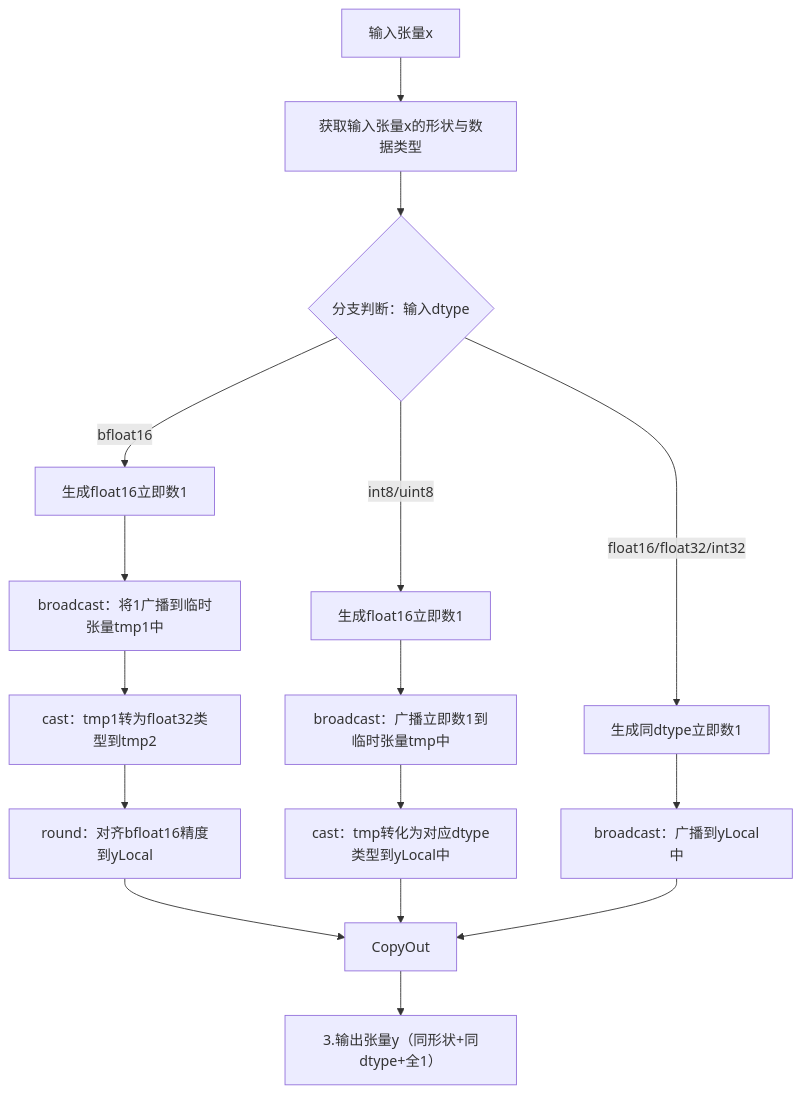
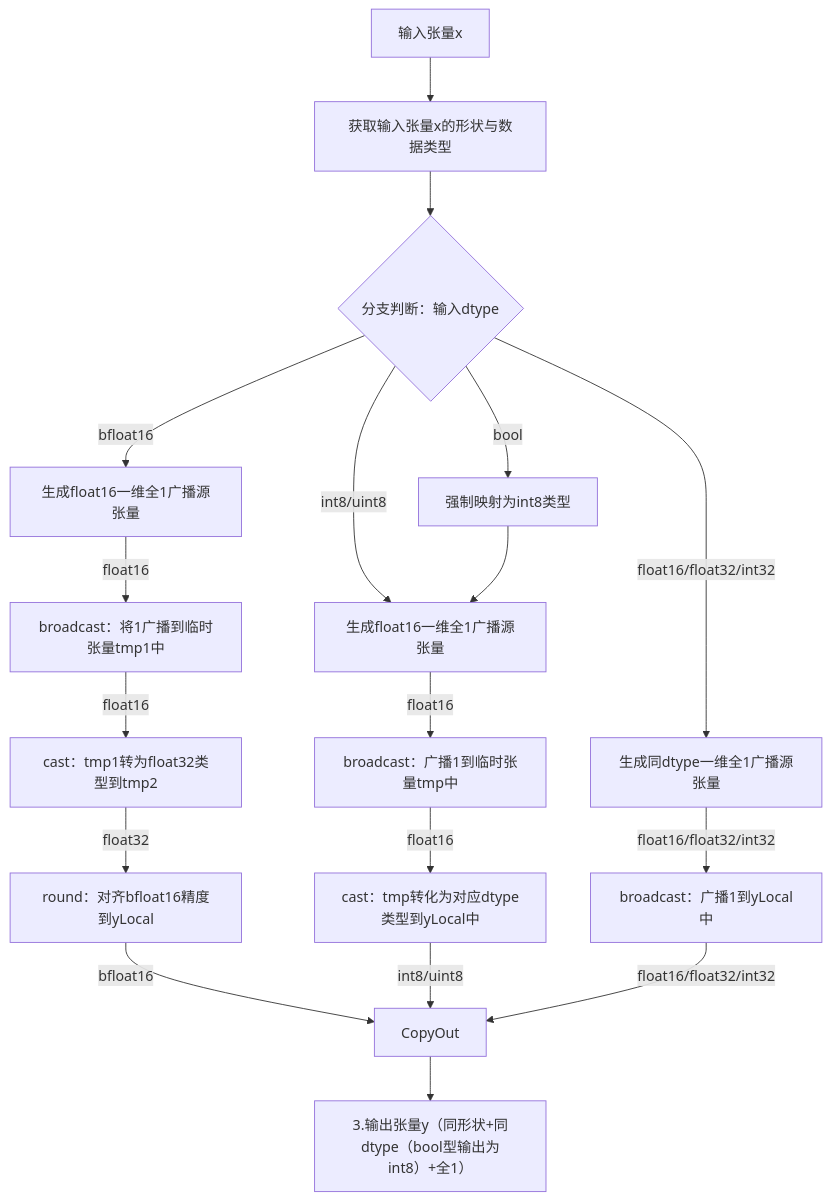
Before and after one commit to IceT5/math: the second of 2 diagrams in experimental/math/ones_like/Readme.md, drawn with Mermaid. The commit also changed other lines of this file, not shown here.

````diff
--- a/experimental/math/ones_like/Readme.md
+++ b/experimental/math/ones_like/Readme.md
@@ -73,19 +74,20 @@
 ```mermaid
 graph TD
     A[输入张量x] --> B[获取输入张量x的形状与数据类型]
     B --> C{分支判断：输入dtype}
-    C -->|bfloat16| D1[生成float16立即数1]
-    D1 --> E1[broadcast：将1广播到临时张量tmp1中]
-    E1 --> F1[cast：tmp1转为float32类型到tmp2]
-    F1 --> G1[round：对齐bfloat16精度到yLocal]
-    G1 --> I[CopyOut]
-    C -->|int8/uint8| D2[生成float16立即数1]
-    D2 --> E2[broadcast：广播立即数1到临时张量tmp中]
-    E2 --> F2[cast：tmp转化为对应dtype类型到yLocal中]
-    F2 --> I
-    C -->|float16/float32/int32| D3[生成同dtype立即数1]
-    D3 --> E3[broadcast：广播到yLocal中]
-   
-    E3 --> I
-    I --> J[3.输出张量y（同形状+同dtype+全1）]
+    C -->|bfloat16| D1[生成float16一维全1广播源张量]
+    D1 -->|float16| E1[broadcast：将1广播到临时张量tmp1中]
+    E1 -->|float16| F1[cast：tmp1转为float32类型到tmp2]
+    F1 -->|float32| G1[round：对齐bfloat16精度到yLocal]
+    G1 -->|bfloat16| I[CopyOut]
+    C -->|int8/uint8| D2[生成float16一维全1广播源张量]
+    D2 -->|float16| E2[broadcast：广播1到临时张量tmp中]
+    E2 -->|float16| F2[cast：tmp转化为对应dtype类型到yLocal中]
+    F2 -->|int8/uint8| I
+    C -->|float16/float32/int32| D3[生成同dtype一维全1广播源张量]
+    D3 -->|float16/float32/int32| E3[broadcast：广播1到yLocal中] 
+    E3 -->|float16/float32/int32| I
+    C-->|bool|D4[强制映射为int8类型]
+    D4-->D2
+    I --> J[3.输出张量y（同形状+同dtype（bool型输出为int8）+全1）]
 ```
````
